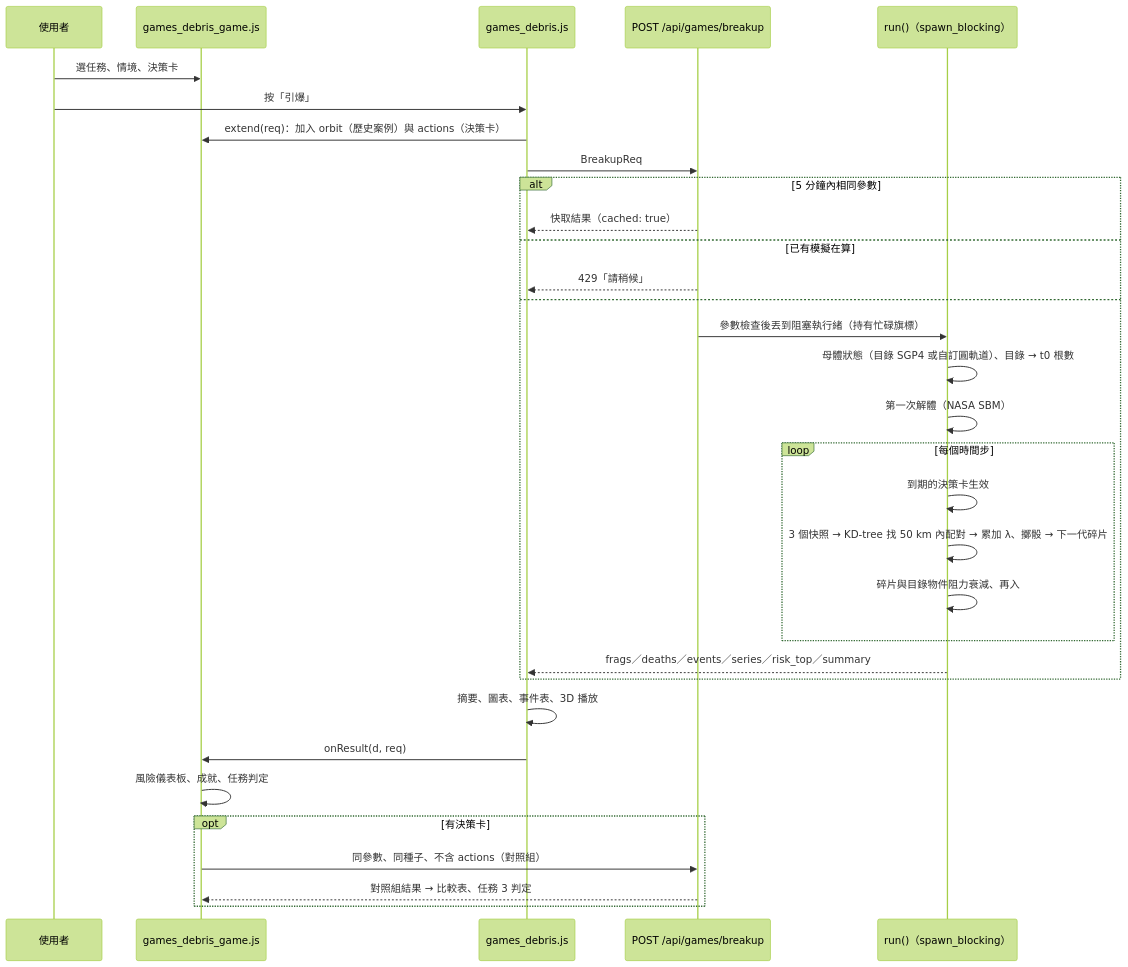
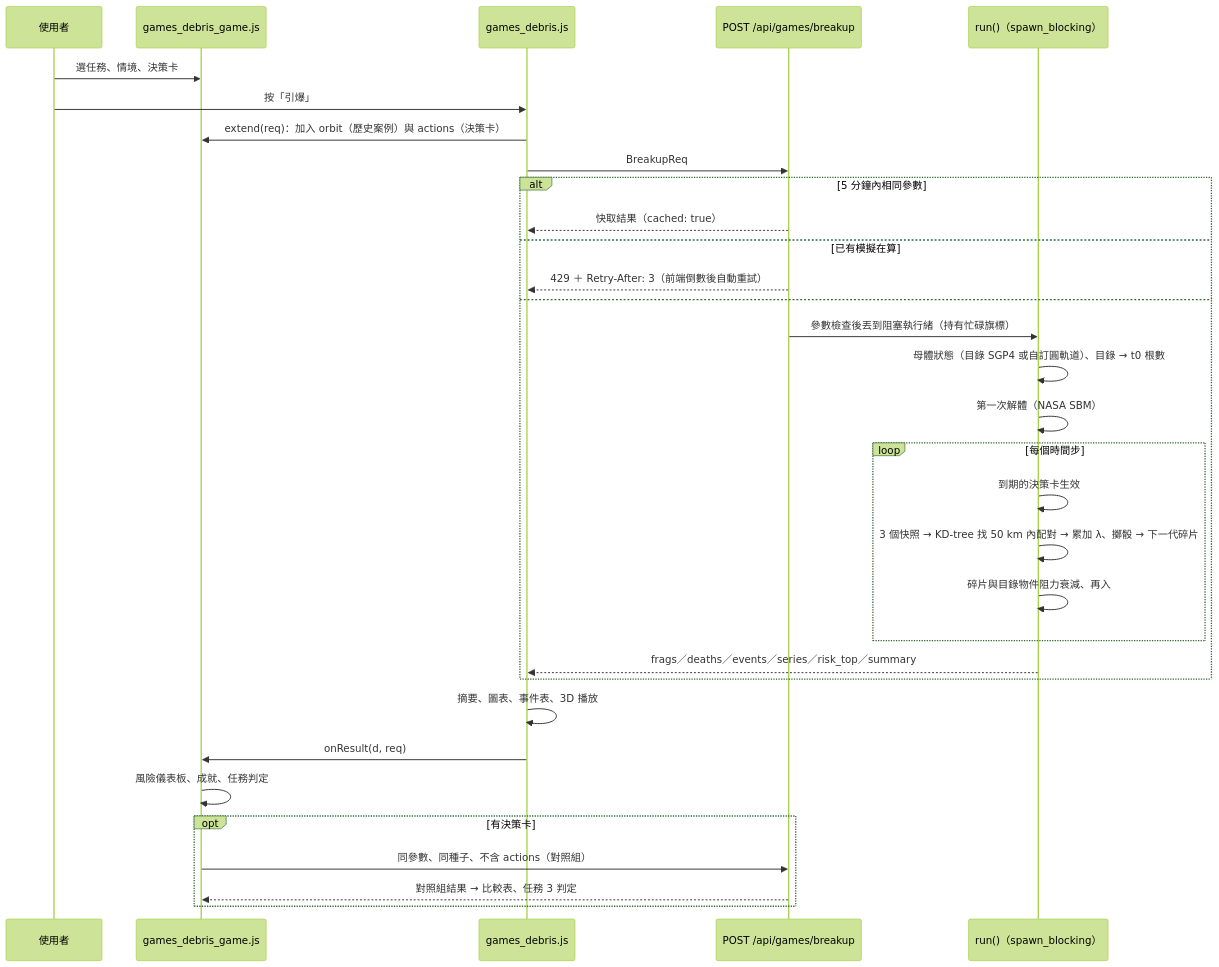
Before and after one commit to RhynoW/Sat_TraingDataExtension: the diagram in RUST_SatDashboard/docs/games_debris_architecture.md, drawn with Mermaid (forest theme). The commit also changed other lines of this file and 8 other files, not shown here.

````diff
--- a/RUST_SatDashboard/docs/games_debris_architecture.md
+++ b/RUST_SatDashboard/docs/games_debris_architecture.md
@@ -29,35 +29,35 @@
 ```mermaid
 sequenceDiagram
     participant U as 使用者
     participant G as games_debris_game.js
     participant FE as games_debris.js
     participant API as POST /api/games/breakup
     participant SIM as run()（spawn_blocking）
 
     U->>G: 選任務、情境、決策卡
     U->>FE: 按「引爆」
     FE->>G: extend(req)：加入 orbit（歷史案例）與 actions（決策卡）
     FE->>API: BreakupReq
     alt 5 分鐘內相同參數
         API-->>FE: 快取結果（cached: true）
     else 已有模擬在算
-        API-->>FE: 429「請稍候」
+        API-->>FE: 429 ＋ Retry-After: 3（前端倒數後自動重試）
     else
         API->>SIM: 參數檢查後丟到阻塞執行緒（持有忙碌旗標）
         SIM->>SIM: 母體狀態（目錄 SGP4 或自訂圓軌道）、目錄 → t0 根數
         SIM->>SIM: 第一次解體（NASA SBM）
         loop 每個時間步
             SIM->>SIM: 到期的決策卡生效
             SIM->>SIM: 3 個快照 → KD-tree 找 50 km 內配對 → 累加 λ、擲骰 → 下一代碎片
             SIM->>SIM: 碎片與目錄物件阻力衰減、再入
         end
         SIM-->>FE: frags／deaths／events／series／risk_top／summary
     end
     FE->>FE: 摘要、圖表、事件表、3D 播放
     FE->>G: onResult(d, req)
     G->>G: 風險儀表板、成就、任務判定
     opt 有決策卡
         G->>API: 同參數、同種子、不含 actions（對照組）
         API-->>G: 對照組結果 → 比較表、任務 3 判定
     end
 ```
````
